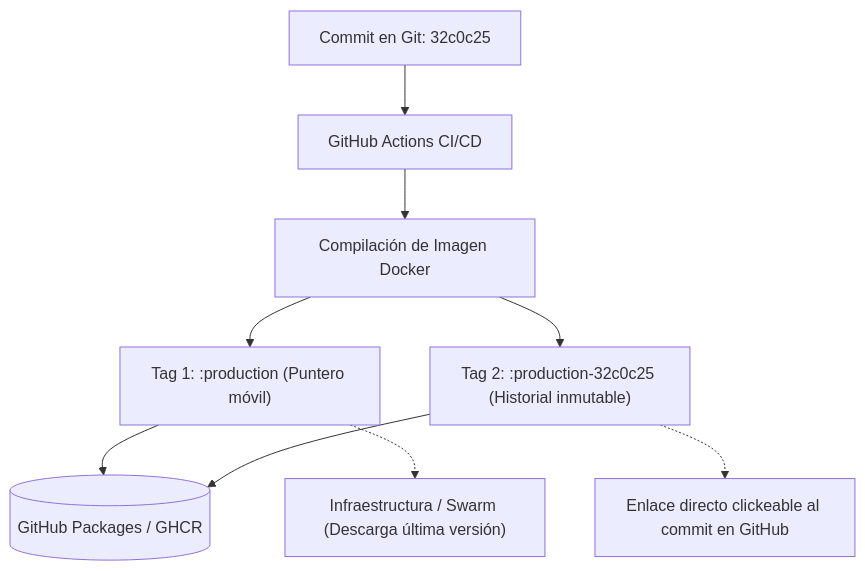
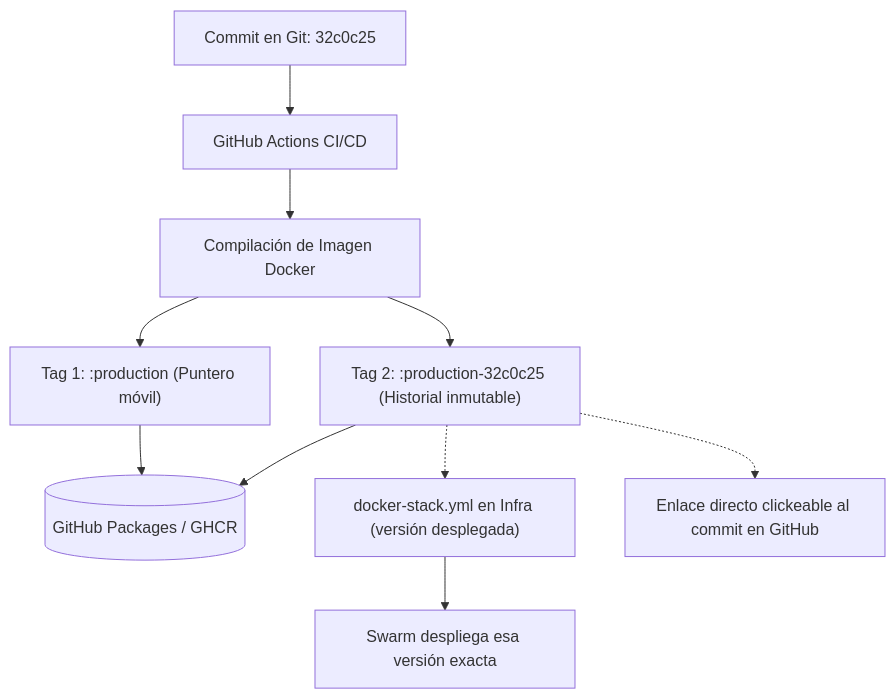
The diagram in Documentación/ESTRATEGIA_TAGS_DOCKER_NEW.md (Grupo-14-INGSIS/SnippetSearcher-Infrastructure), drawn with Mermaid before and after one commit. The commit also changed other lines of this file and 9 other files, not shown here.

````diff
--- a/Documentación/ESTRATEGIA_TAGS_DOCKER_NEW.md
+++ b/Documentación/ESTRATEGIA_TAGS_DOCKER_NEW.md
@@ -34,11 +34,12 @@
 ```mermaid
 flowchart TD
     Commit[Commit en Git: 32c0c25] --> Action[GitHub Actions CI/CD]
     Action --> Build[Compilación de Imagen Docker]
     Build --> Tag1["Tag 1: :production (Puntero móvil)"]
     Build --> Tag2["Tag 2: :production-32c0c25 (Historial inmutable)"]
     Tag1 --> GHCR[(GitHub Packages / GHCR)]
     Tag2 --> GHCR
-    Tag1 -.-> SwarmDeploy["Infraestructura / Swarm (Descarga última versión)"]
+    Tag2 -.-> Infra["docker-stack.yml en Infra (versión desplegada)"]
     Tag2 -.-> GitAudit["Enlace directo clickeable al commit en GitHub"]
+    Infra --> SwarmDeploy["Swarm despliega esa versión exacta"]
 ```
````
